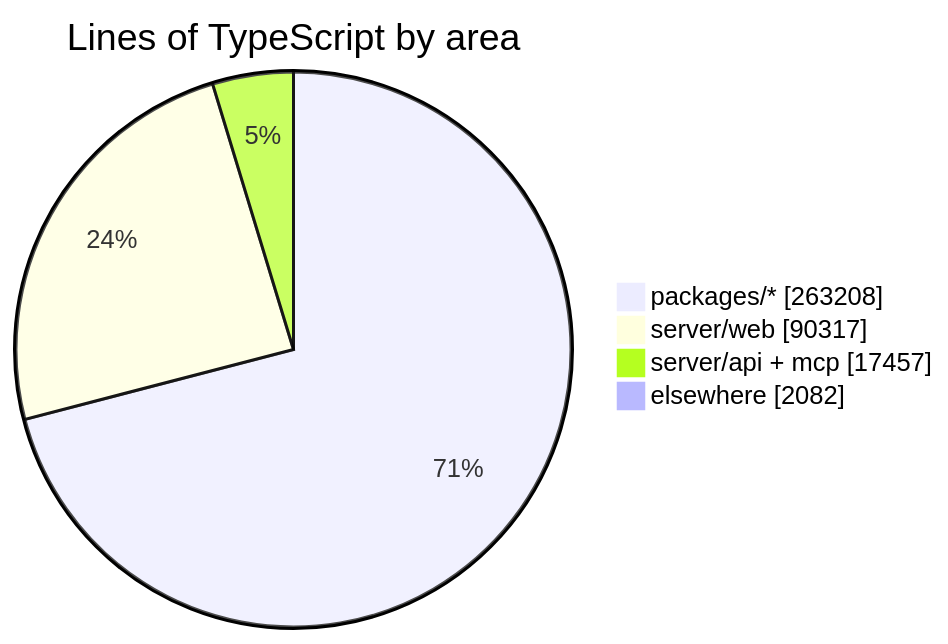
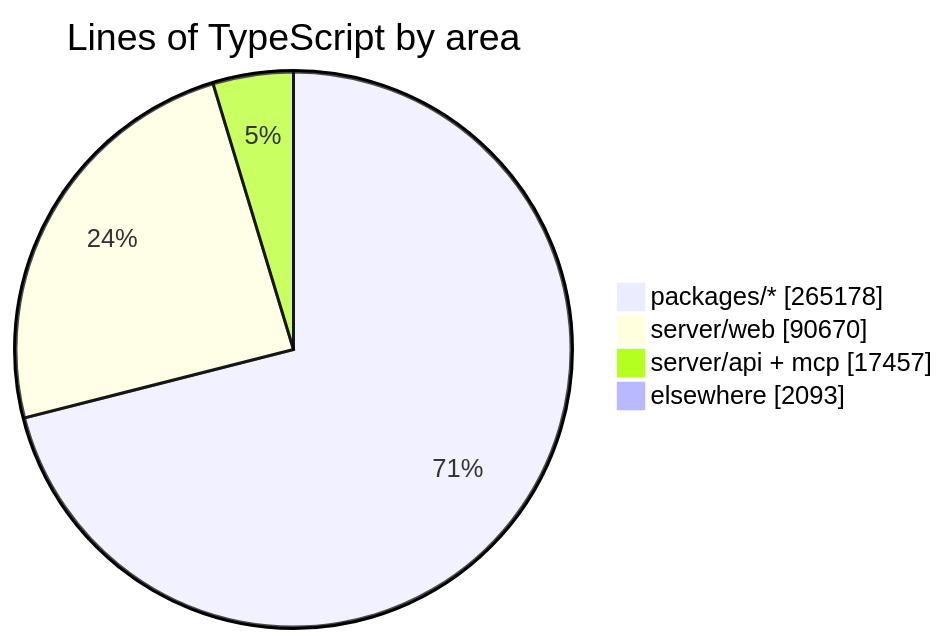
One commit to crossworks-engineering/mantle changed the diagram in README.md. Above: the diagram before and after it, drawn with Mermaid. The commit also changed other lines of this file and 2 other files, not shown here.

````diff
--- a/README.md
+++ b/README.md
@@ -287,7 +287,7 @@
 ```mermaid
 pie showData title Lines of TypeScript by area
-    "packages/*" : 263208
-    "server/web" : 90317
+    "packages/*" : 265178
+    "server/web" : 90670
     "server/api + mcp" : 17457
-    "elsewhere" : 2082
+    "elsewhere" : 2093
 ```
````
